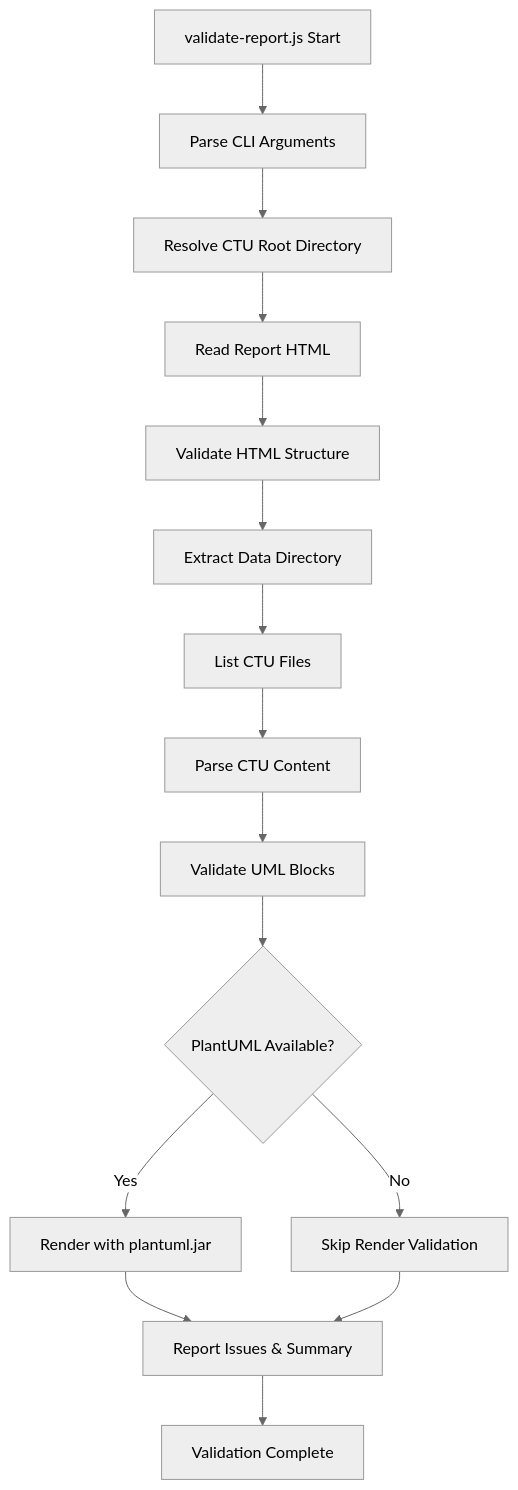
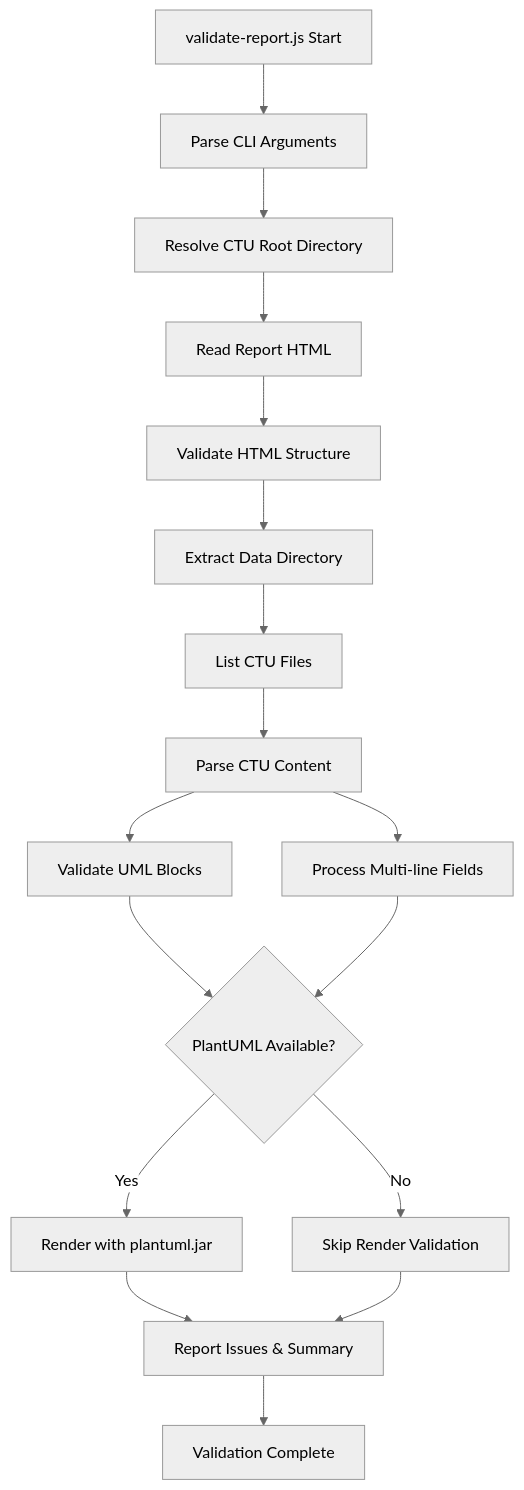
The tenth of 11 diagrams in .qoder/repowiki/en/content/Testing and Quality Assurance.md (pingwurth/code-to-uml), drawn with Mermaid (neutral theme) before and after one commit. The commit also changed other lines of this file and 21 other files, not shown here.

Commit message:
chore(docs): 删除 Code-To-UML 介绍文档

````diff
--- a/.qoder/repowiki/en/content/Testing and Quality Assurance.md
+++ b/.qoder/repowiki/en/content/Testing and Quality Assurance.md
@@ -401,17 +511,19 @@
 ```mermaid
 flowchart TD
 VRStart["validate-report.js Start"] --> ParseArgs["Parse CLI Arguments"]
 ParseArgs --> ResolveRoot["Resolve CTU Root Directory"]
 ResolveRoot --> ReadHTML["Read Report HTML"]
 ReadHTML --> ValidateHTML["Validate HTML Structure"]
 ValidateHTML --> ExtractDataDir["Extract Data Directory"]
 ExtractDataDir --> ListCTU["List CTU Files"]
 ListCTU --> ParseCTU["Parse CTU Content"]
 ParseCTU --> ValidateUML["Validate UML Blocks"]
+ParseCTU --> ProcessMultiline["Process Multi-line Fields"]
 ValidateUML --> RenderCheck{"PlantUML Available?"}
+ProcessMultiline --> RenderCheck
 RenderCheck --> |Yes| RenderUML["Render with plantuml.jar"]
 RenderCheck --> |No| SkipRender["Skip Render Validation"]
 RenderUML --> ReportResults["Report Issues & Summary"]
 SkipRender --> ReportResults
 ReportResults --> VREnd["Validation Complete"]
 ```
````
